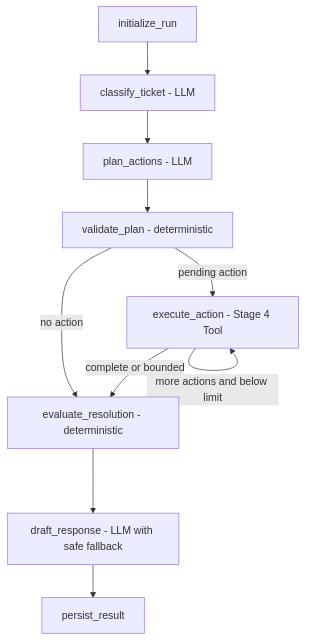
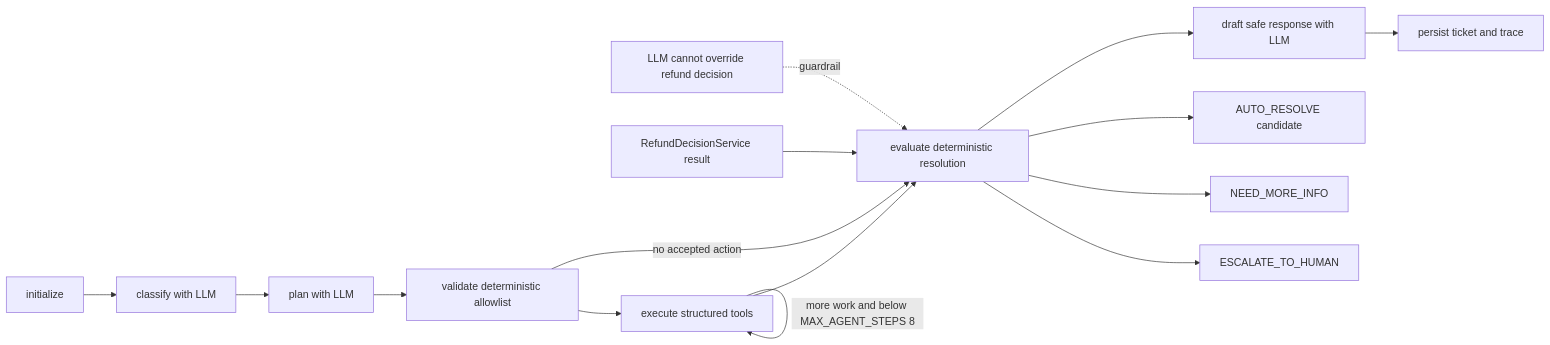
One commit to lws6200123/customer-support-agent changed the second of 2 diagrams in README.md. Above: the diagram before and after it, drawn with Mermaid. The commit also changed other lines of this file and 14 other files, not shown here.

````diff
--- a/README.md
+++ b/README.md
@@ -29,12 +79,19 @@
 ```mermaid
-flowchart TD
-    A[initialize_run] --> B[classify_ticket - LLM]
-    B --> C[plan_actions - LLM]
-    C --> D[validate_plan - deterministic]
-    D -->|pending action| E[execute_action - Stage 4 Tool]
-    E -->|more actions and below limit| E
-    E -->|complete or bounded| F[evaluate_resolution - deterministic]
-    D -->|no action| F
-    F --> G[draft_response - LLM with safe fallback]
-    G --> H[persist_result]
+flowchart LR
+    A[initialize] --> B[classify with LLM]
+    B --> C[plan with LLM]
+    C --> D[validate deterministic allowlist]
+    D --> E[execute structured tools]
+    E -->|more work and below MAX_AGENT_STEPS 8| E
+    E --> F[evaluate deterministic resolution]
+    D -->|no accepted action| F
+    F --> G[draft safe response with LLM]
+    G --> H[persist ticket and trace]
+
+    F --> AR[AUTO_RESOLVE candidate]
+    F --> MI[NEED_MORE_INFO]
+    F --> HR[ESCALATE_TO_HUMAN]
+
+    Rules[RefundDecisionService result] --> F
+    Guard[LLM cannot override refund decision] -. guardrail .-> F
 ```
````
